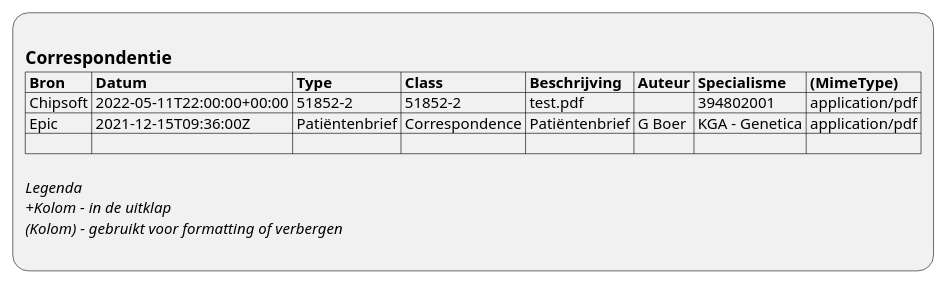
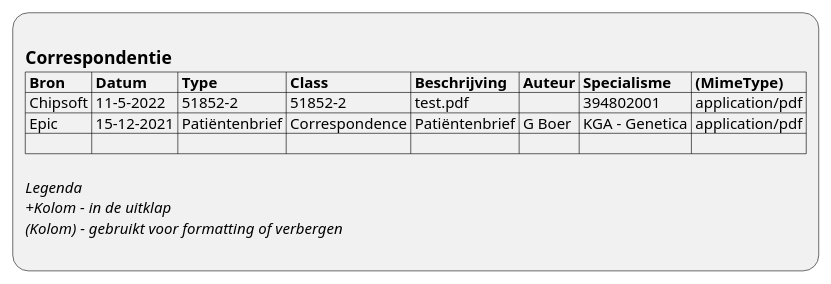
Before and after one commit to RIVO-Noord/zorgviewer-ig: the diagram in input/images-source/ViewDefinition-DocumentReference.plantuml, drawn with PlantUML. The commit also changed 14 other files, not shown here.

```diff
--- a/input/images-source/ViewDefinition-DocumentReference.plantuml
+++ b/input/images-source/ViewDefinition-DocumentReference.plantuml
@@ -1,13 +1,13 @@
 @startuml ViewDefinition-DocumentReference
 :
 == Correspondentie
 |= Bron |= Datum |= Type |= Class |= Beschrijving |= Auteur |= Specialisme |= (MimeType) |
-| Chipsoft | 2022-05-11T22:00:00+00:00 | 51852-2 | 51852-2 | test.pdf |  | 394802001 | application/pdf |
-| Epic | 2021-12-15T09:36:00Z | Patiëntenbrief | Correspondence | Patiëntenbrief | G Boer | KGA - Genetica | application/pdf |
+| Chipsoft | 11-5-2022 | 51852-2 | 51852-2 | test.pdf |  | 394802001 | application/pdf |
+| Epic | 15-12-2021 | Patiëntenbrief | Correspondence | Patiëntenbrief | G Boer | KGA - Genetica | application/pdf |
 | |
 
 //Legenda//
 //+Kolom - in de uitklap//
 //(Kolom) - gebruikt voor formatting of verbergen//
 ;
 @enduml
```
